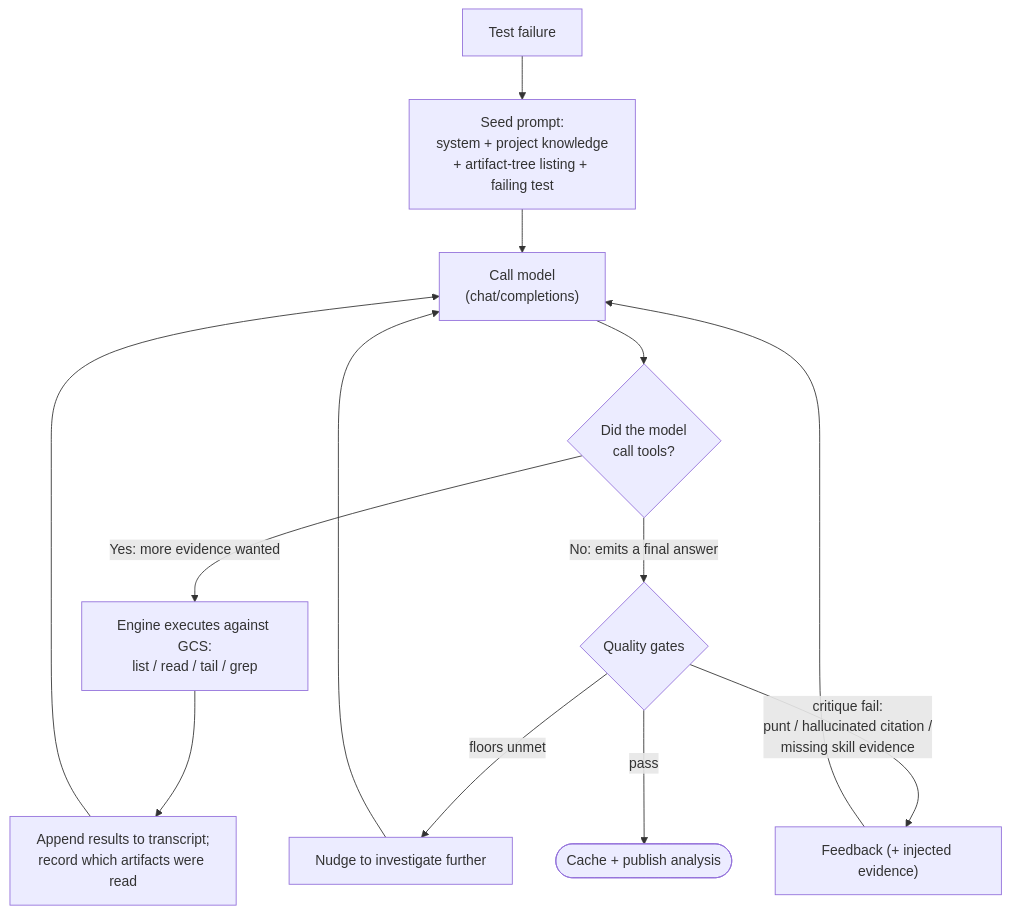
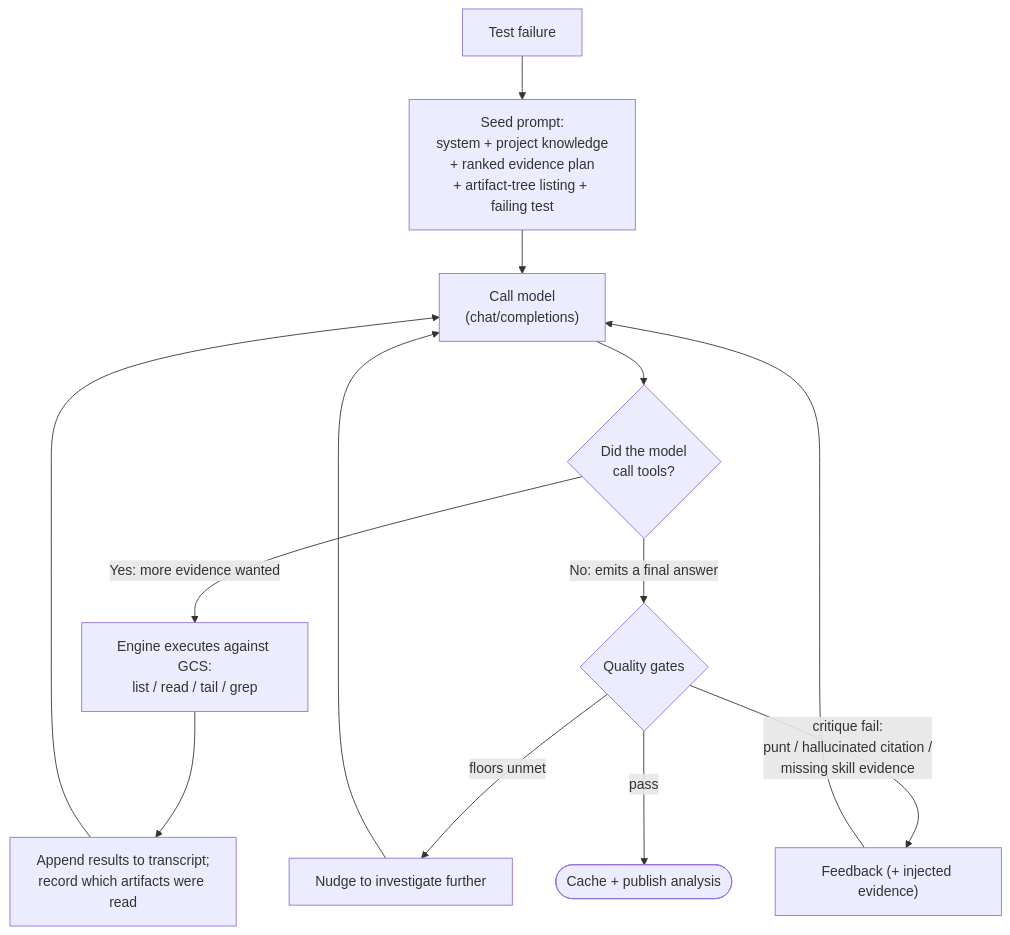
Before and after one commit to willie-yao/aster: the diagram in docs/agentic.md, drawn with Mermaid. The commit also changed other lines of this file and 13 other files, not shown here.

Commit message:
feat(ai): add ranked evidence planning (#146)

````diff
--- a/docs/agentic.md
+++ b/docs/agentic.md
@@ -303,15 +303,15 @@
 ```mermaid
 flowchart TD
-    A[Test failure] --> B["Seed prompt:<br/>system + project knowledge<br/>+ artifact-tree listing + failing test"]
+    A[Test failure] --> B["Seed prompt:<br/>system + project knowledge<br/>+ ranked evidence plan<br/>+ artifact-tree listing + failing test"]
     B --> C["Call model<br/>(chat/completions)"]
     C --> D{"Did the model<br/>call tools?"}
     D -->|"Yes: more evidence wanted"| E["Engine executes against GCS:<br/>list / read / tail / grep"]
     E --> F["Append results to transcript;<br/>record which artifacts were read"]
     F --> C
     D -->|"No: emits a final answer"| G{Quality gates}
     G -->|"floors unmet"| H["Nudge to investigate further"]
     H --> C
     G -->|"critique fail:<br/>punt / hallucinated citation /<br/>missing skill evidence"| I["Feedback (+ injected evidence)"]
     I --> C
     G -->|"pass"| J([Cache + publish analysis])
 ```
````
